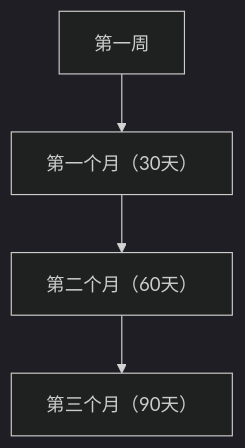
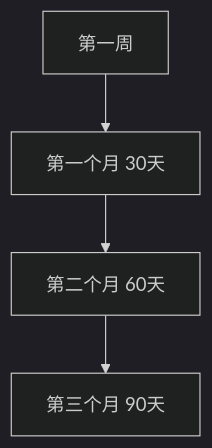
One commit to jpixy/jpixy.github.io changed the sixth of 10 diagrams in content/articles/leadership/mgr-02-技术招聘与团队组建.md. Above: the diagram before and after it, drawn with Mermaid (dark theme). The commit also changed other lines of this file and 66 other files, not shown here.

Commit message:
fix: resolve Mermaid syntax errors by removing parentheses in node labels

````diff
--- a/content/articles/leadership/mgr-02-技术招聘与团队组建.md
+++ b/content/articles/leadership/mgr-02-技术招聘与团队组建.md
@@ -338,6 +338,6 @@
 ```mermaid
 graph TB
-    A["第一周"] --> B["第一个月（30天）"]
-    B --> C["第二个月（60天）"]
-    C --> D["第三个月（90天）"]
+    A["第一周"] --> B["第一个月 30天"]
+    B --> C["第二个月 60天"]
+    C --> D["第三个月 90天"]
 ```
````
